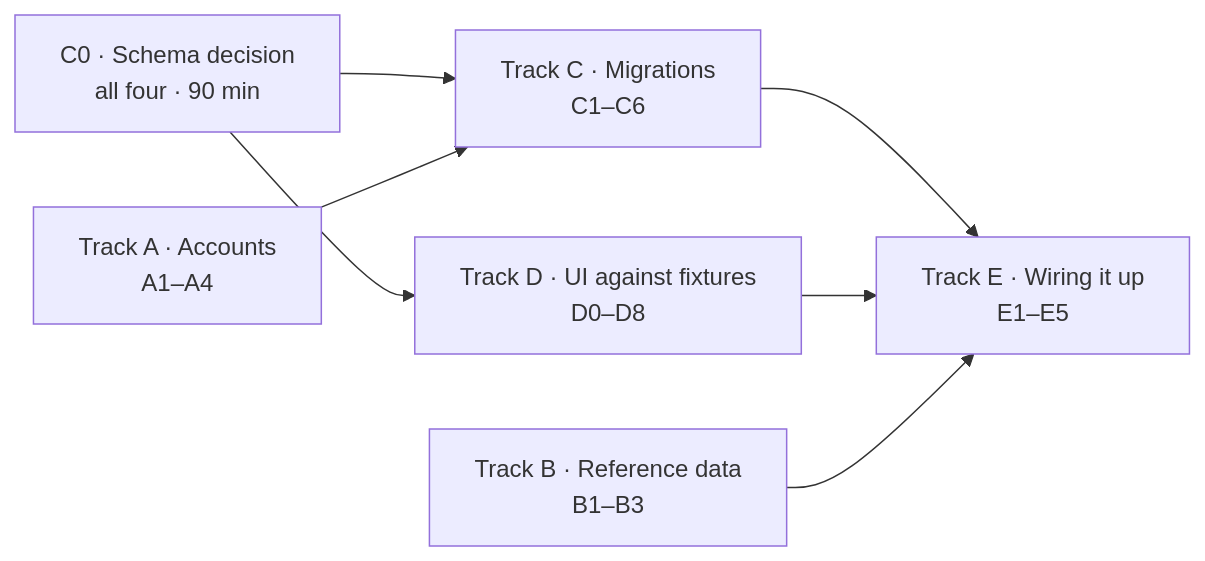
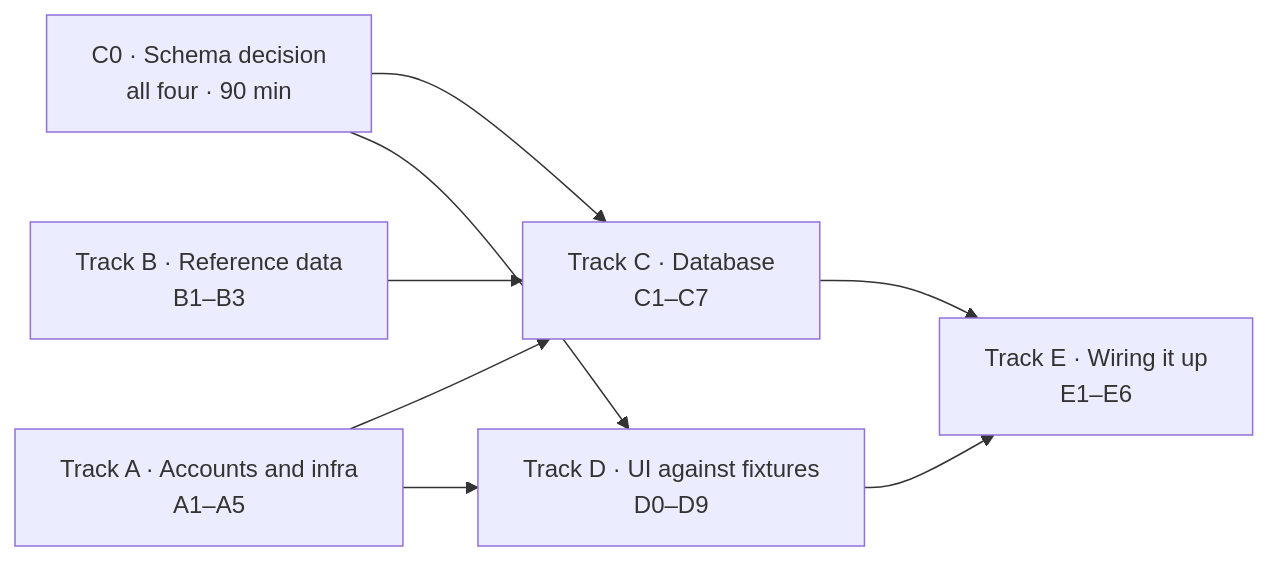
Before and after one commit to jhdaws/study-buddy: the diagram in docs/tickets.md, drawn with Mermaid. The commit also changed other lines of this file and 2 other files, not shown here.

First line of the commit message:
Refine sprint tickets against the backlog, ADRs, and CI

````diff
--- a/docs/tickets.md
+++ b/docs/tickets.md
@@ -14,16 +20,17 @@
 ```mermaid
 flowchart LR
     C0["C0 · Schema decision<br/>all four · 90 min"]
-    A["Track A · Accounts<br/>A1–A4"]
+    A["Track A · Accounts and infra<br/>A1–A5"]
     B["Track B · Reference data<br/>B1–B3"]
-    D["Track D · UI against fixtures<br/>D0–D8"]
-    C["Track C · Migrations<br/>C1–C6"]
-    E["Track E · Wiring it up<br/>E1–E5"]
+    D["Track D · UI against fixtures<br/>D0–D9"]
+    C["Track C · Database<br/>C1–C7"]
+    E["Track E · Wiring it up<br/>E1–E6"]
 
     C0 --> C
     C0 --> D
     A --> C
+    A --> D
+    B --> C
     C --> E
     D --> E
-    B --> E
 ```
````
